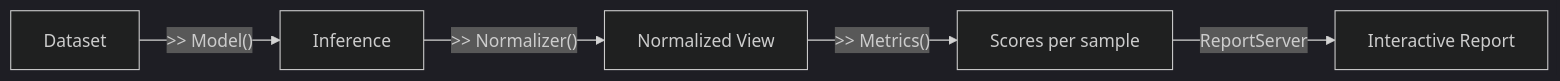
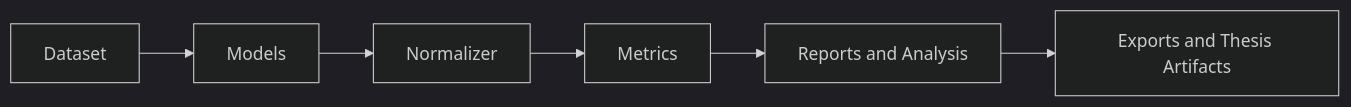
The diagram in docs/index.md (akatsnelson/plantain2asr), drawn with Mermaid (dark theme) before and after one commit. The commit also changed other lines of this file and 75 other files, not shown here.

````diff
--- a/docs/index.md
+++ b/docs/index.md
@@ -24,7 +80,8 @@
 ```mermaid
 graph LR
-    A[Dataset] -->|">> Model()"| B[Inference]
-    B -->|">> Normalizer()"| C[Normalized View]
-    C -->|">> Metrics()"| D[Scores per sample]
-    D -->|"ReportServer"| E[Interactive Report]
+    A[Dataset] --> B[Models]
+    B --> C[Normalizer]
+    C --> D[Metrics]
+    D --> E[Reports and Analysis]
+    E --> F[Exports and Thesis Artifacts]
 ```
````
